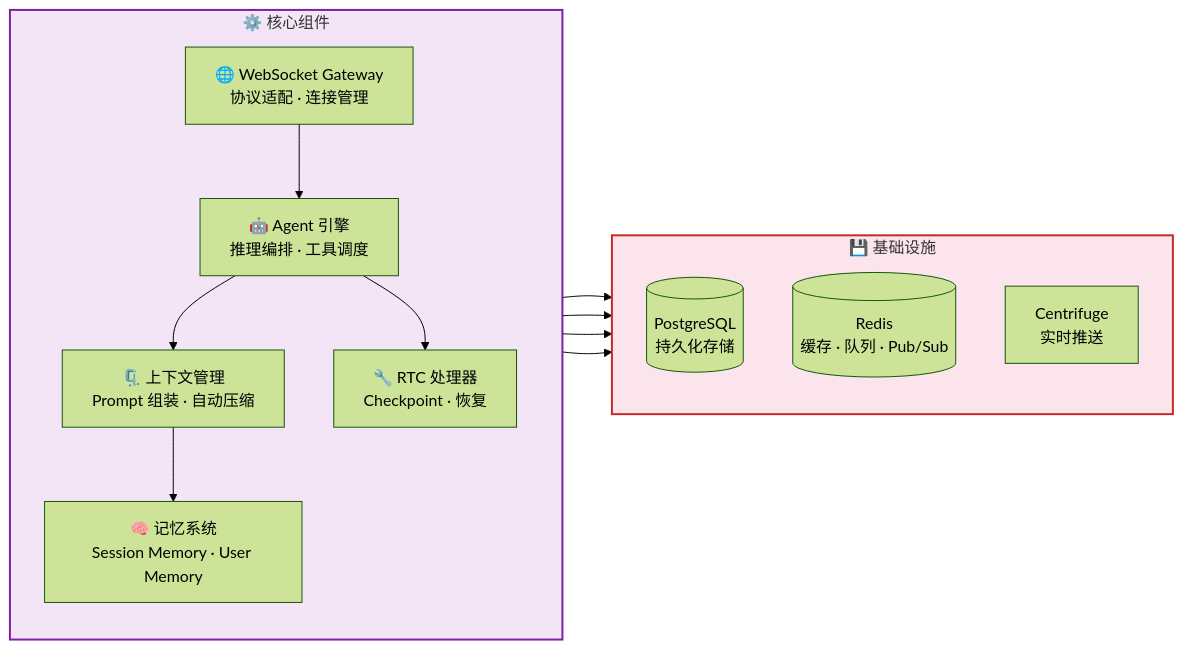
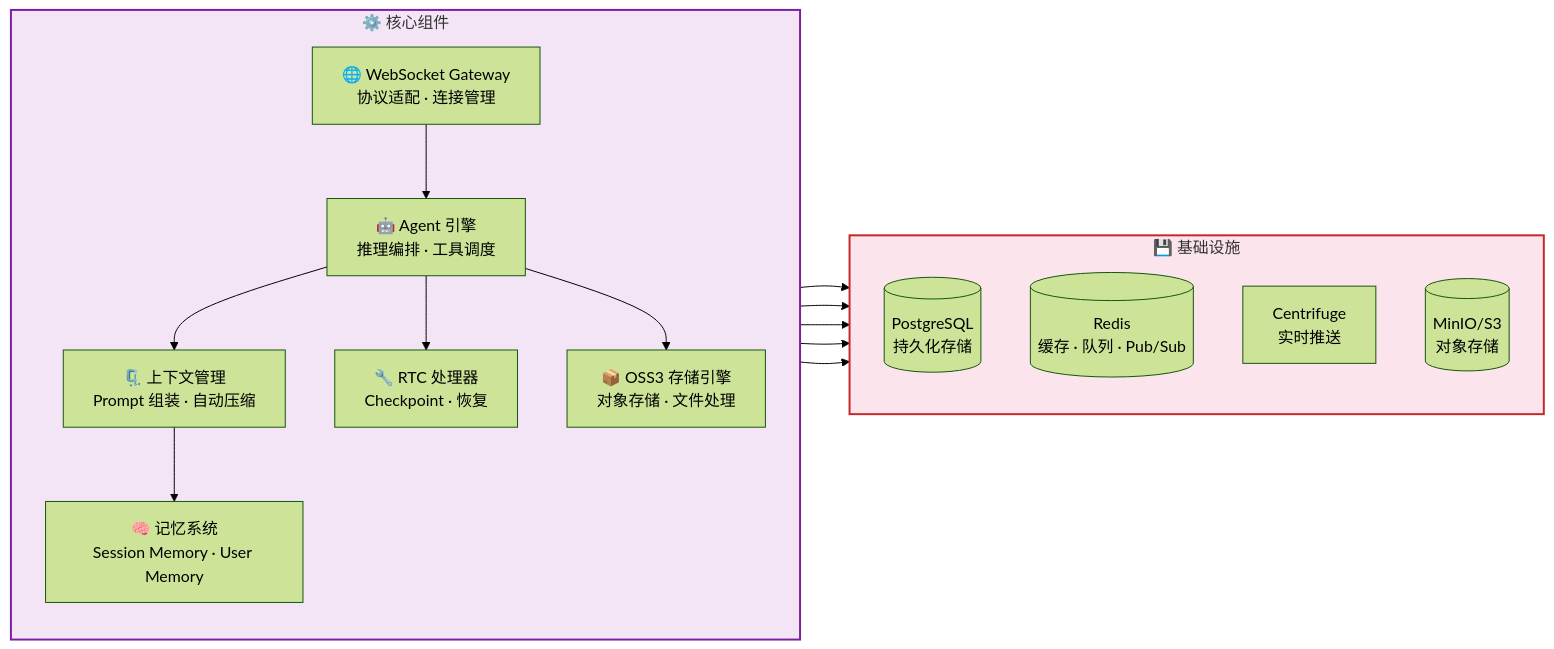
The second of 14 diagrams in src/content/docs/architecture/backend.md (rtc-agent/docs), drawn with Mermaid (forest theme) before and after one commit. The commit also changed other lines of this file and 1 other file, not shown here.

First line of the commit message:
docs(architecture): add OSS3 storage layer and multimodal capabilities

````diff
--- a/src/content/docs/architecture/backend.md
+++ b/src/content/docs/architecture/backend.md
@@ -40,30 +40,34 @@
 ```mermaid
 flowchart LR
     subgraph CORE["⚙️ 核心组件"]
         direction TB
         GW["🌐 WebSocket Gateway<br/>协议适配 · 连接管理"]
         AGENT["🤖 Agent 引擎<br/>推理编排 · 工具调度"]
         CTX["🗜️ 上下文管理<br/>Prompt 组装 · 自动压缩"]
         MEM["🧠 记忆系统<br/>Session Memory · User Memory"]
         RTC_P["🔧 RTC 处理器<br/>Checkpoint · 恢复"]
+        OSS3["📦 OSS3 存储引擎<br/>对象存储 · 文件处理"]
     end
 
     subgraph INFRA["💾 基础设施"]
         direction TB
         PG[("PostgreSQL<br/>持久化存储")]
         RD[("Redis<br/>缓存 · 队列 · Pub/Sub")]
         CF["Centrifuge<br/>实时推送"]
+        S3[("MinIO/S3<br/>对象存储")]
     end
 
     GW --> AGENT
     AGENT --> CTX
     CTX --> MEM
     AGENT --> RTC_P
+    AGENT --> OSS3
     RTC_P --> RD
     GW --> CF
     AGENT --> PG
     CTX --> PG
+    OSS3 --> S3
 
     style CORE fill:#f3e5f5,stroke:#7b1fa2,stroke-width:2px
     style INFRA fill:#fce4ec,stroke:#c62828,stroke-width:2px
 ```
````
